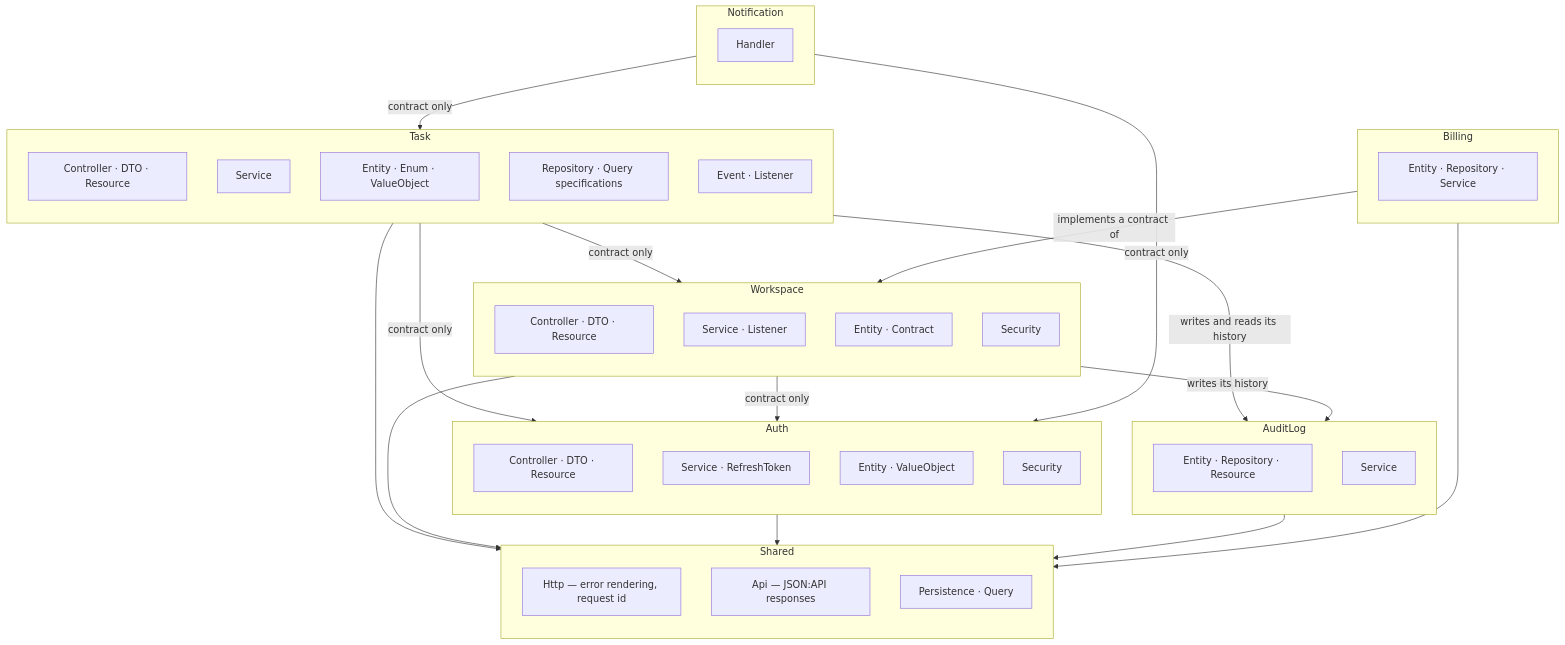
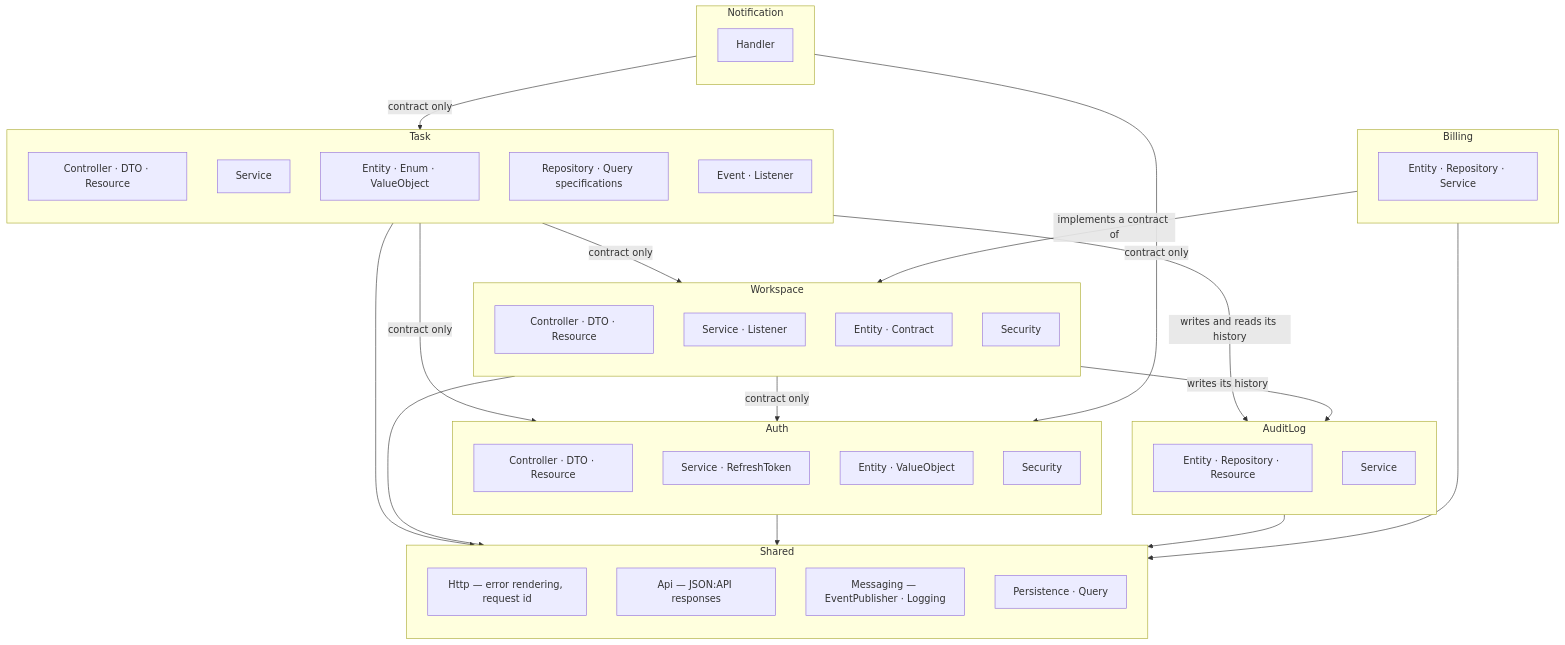
The third of 6 diagrams in docs/architecture.md (NikitaSomik/symfony-todo-app), drawn with Mermaid before and after one commit. The commit also changed other lines of this file and 1 other file, not shown here.

````diff
--- a/docs/architecture.md
+++ b/docs/architecture.md
@@ -29,64 +71,65 @@
 ```mermaid
 flowchart TB
     subgraph Task
         direction TB
         t1[Controller · DTO · Resource]
         t2[Service]
         t3[Entity · Enum · ValueObject]
         t4[Repository · Query specifications]
         t5[Event · Listener]
     end
 
     subgraph Auth
         direction TB
         a1[Controller · DTO · Resource]
         a2[Service · RefreshToken]
         a3[Entity · ValueObject]
         a4[Security]
     end
 
     subgraph Workspace
         direction TB
         w1[Controller · DTO · Resource]
         w2[Service · Listener]
         w3[Entity · Contract]
         w4[Security]
     end
 
     subgraph AuditLog
         direction TB
         l1[Entity · Repository · Resource]
         l2[Service]
     end
 
     subgraph Notification
         direction TB
         n1[Handler]
     end
 
     subgraph Billing
         direction TB
         b1[Entity · Repository · Service]
     end
 
     subgraph Shared
         direction TB
         s1[Http — error rendering, request id]
         s2[Api — JSON:API responses]
+        s3[Messaging — EventPublisher · Logging]
         s4[Persistence · Query]
     end
 
     Task -->|contract only| Auth
     Task -->|contract only| Workspace
     Task -->|writes and reads its history| AuditLog
     Workspace -->|contract only| Auth
     Workspace -->|writes its history| AuditLog
     Notification -->|contract only| Task
     Notification -->|contract only| Auth
     Billing -->|implements a contract of| Workspace
     Task --> Shared
     Workspace --> Shared
     Auth --> Shared
     AuditLog --> Shared
     Billing --> Shared
 ```
````
